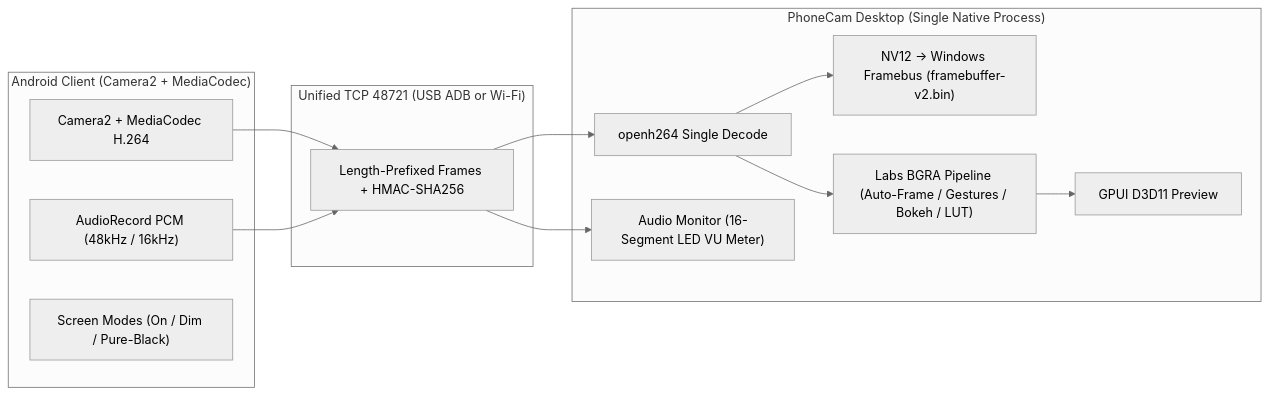
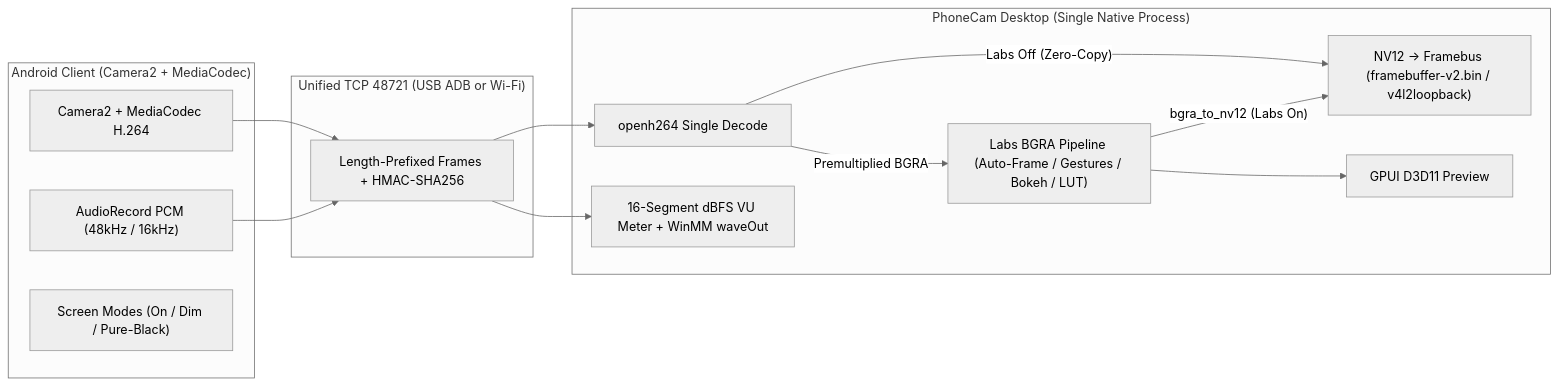
One commit to primahagantha/phonecam changed the diagram in docs/pro-features.md. Above: the diagram before and after it, drawn with Mermaid (neutral theme). The commit also changed other lines of this file and 13 other files, not shown here.

````diff
--- a/docs/pro-features.md
+++ b/docs/pro-features.md
@@ -11,27 +13,28 @@
 ```mermaid
 flowchart LR
     subgraph Android["Android Client (Camera2 + MediaCodec)"]
         Cam["Camera2 + MediaCodec H.264"]
         Mic["AudioRecord PCM (48kHz / 16kHz)"]
         OLED["Screen Modes (On / Dim / Pure-Black)"]
     end
 
     subgraph Transport["Unified TCP 48721 (USB ADB or Wi-Fi)"]
         TCP["Length-Prefixed Frames + HMAC-SHA256"]
     end
 
     subgraph Desktop["PhoneCam Desktop (Single Native Process)"]
         Dec["openh264 Single Decode"]
-        NV12["NV12 -> Windows Framebus (framebuffer-v2.bin)"]
+        NV12["NV12 -> Framebus (framebuffer-v2.bin / v4l2loopback)"]
         Labs["Labs BGRA Pipeline (Auto-Frame / Gestures / Bokeh / LUT)"]
         UI["GPUI D3D11 Preview"]
-        VU["Audio Monitor (16-Segment LED VU Meter)"]
+        Audio["16-Segment dBFS VU Meter + WinMM waveOut"]
     end
 
     Cam --> TCP
     Mic --> TCP
     TCP --> Dec
-    TCP --> VU
-    Dec --> NV12
-    Dec --> Labs --> UI
+    TCP --> Audio
+    Dec -->|"Labs Off (Zero-Copy)"| NV12
+    Dec -->|"Premultiplied BGRA"| Labs --> UI
+    Labs -->|"bgra_to_nv12 (Labs On)"| NV12
 ```
````
